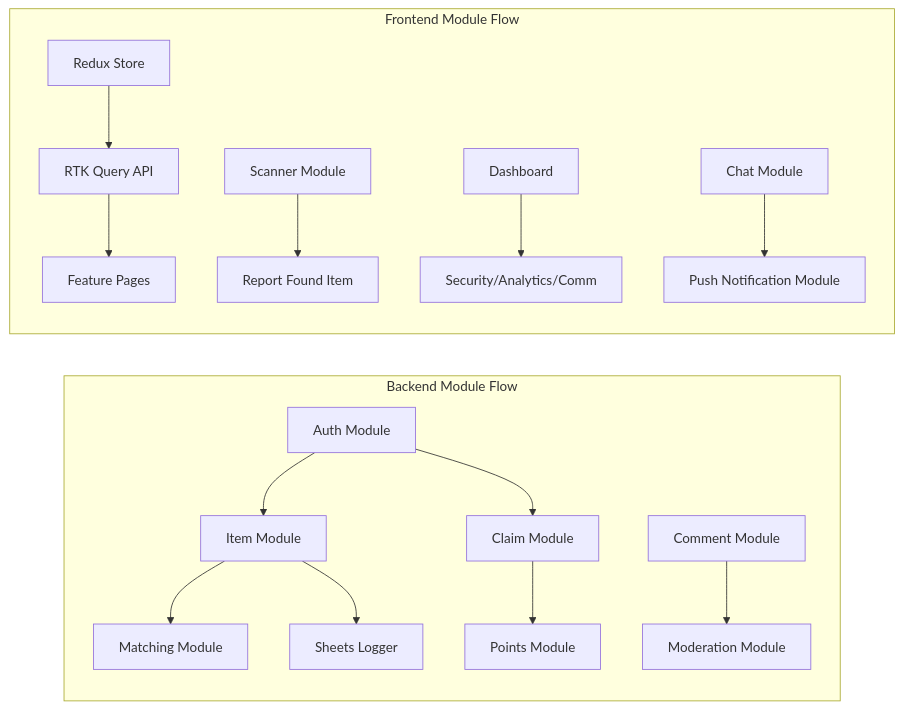
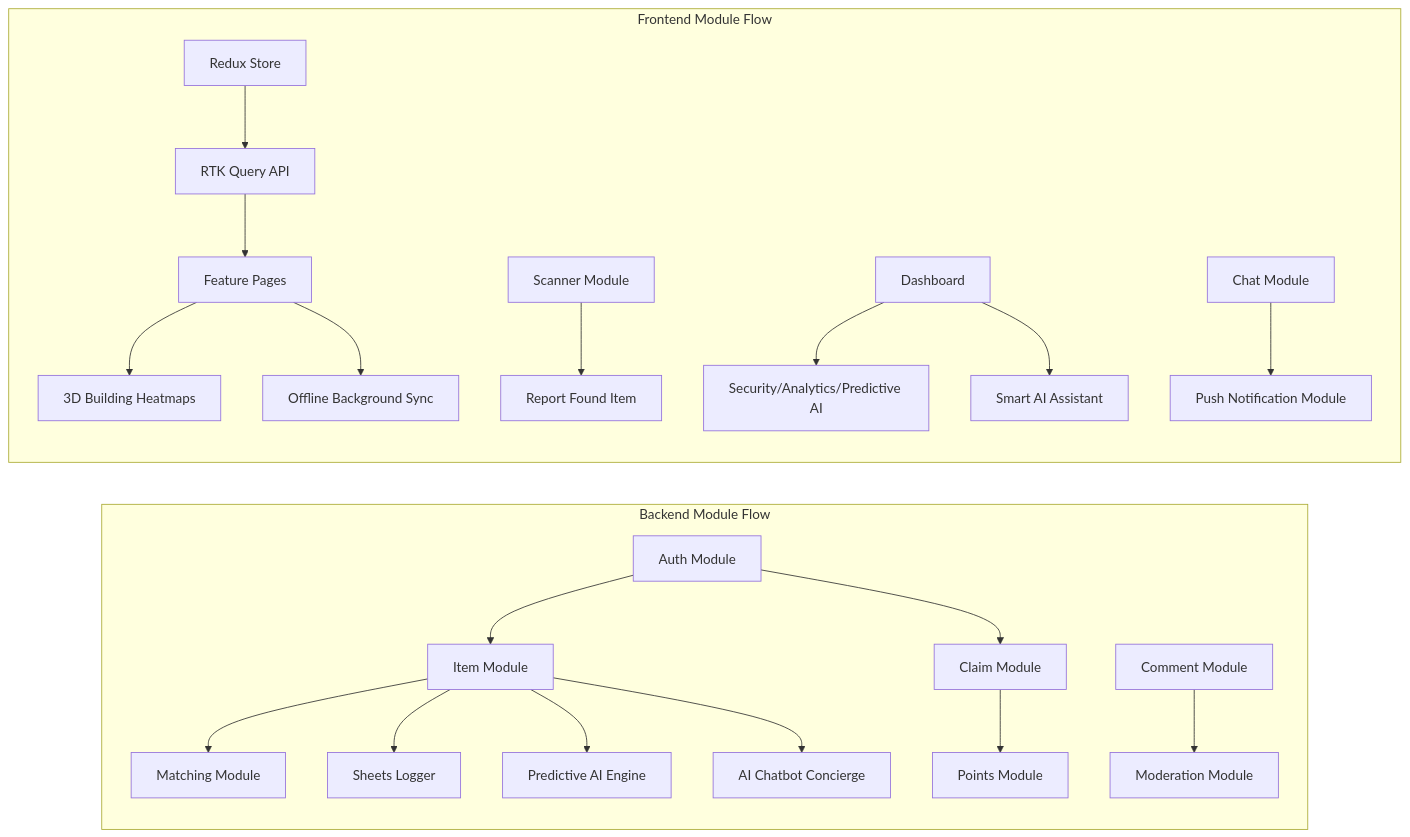
One commit to Giancyril/Lost-and-Found changed the second of 2 diagrams in README.md. Above: the diagram before and after it, drawn with Mermaid. The commit also changed other lines of this file, not shown here.

First line of the commit message:
docs: update system architecture and module dependencies

````diff
--- a/README.md
+++ b/README.md
@@ -269,19 +278,24 @@
 ```mermaid
 graph LR
     subgraph BE_Deps ["Backend Module Flow"]
         Auth[Auth Module] --> Items[Item Module]
         Auth --> Claims[Claim Module]
         Items --> Match[Matching Module]
         Items --> Sheets[Sheets Logger]
         Claims --> Points[Points Module]
         Comments[Comment Module] --> Mod[Moderation Module]
+        Items --> Predictive[Predictive AI Engine]
+        Items --> AIChat[AI Chatbot Concierge]
     end
 
     subgraph FE_Deps ["Frontend Module Flow"]
         Store[Redux Store] --> API[RTK Query API]
         API --> Pages[Feature Pages]
         Scanner[Scanner Module] --> Report[Report Found Item]
-        Dashboard[Dashboard] --> SubMods[Security/Analytics/Comm]
+        Dashboard[Dashboard] --> SubMods[Security/Analytics/Predictive AI]
         Chat[Chat Module] --> Push[Push Notification Module]
+        Pages --> 3DMap[3D Building Heatmaps]
+        Pages --> OfflineSync[Offline Background Sync]
+        Dashboard --> AIWidget[Smart AI Assistant]
     end
 ```
````
